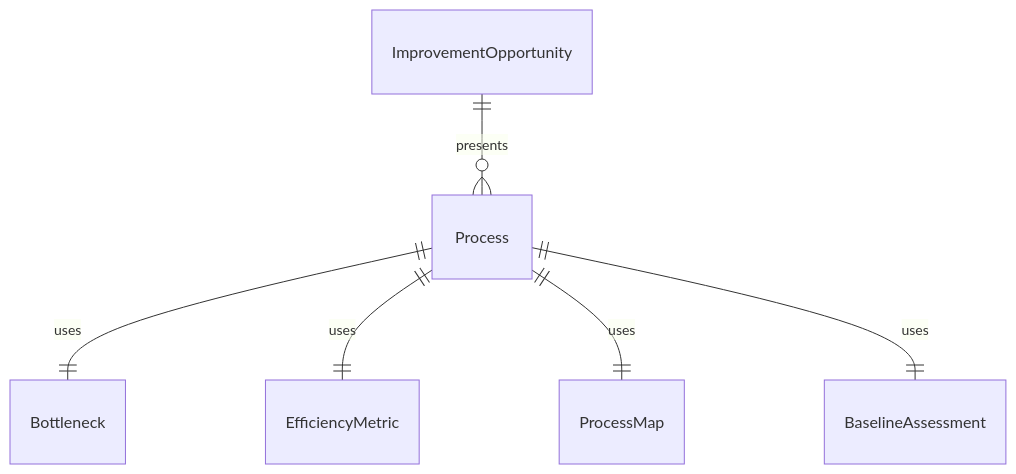
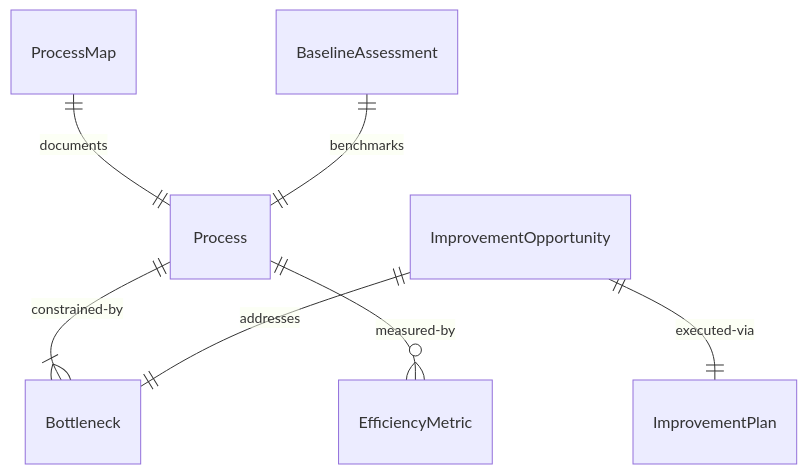
Before and after one commit to dot-org-ai/tasks.org.ai: the first of 4 diagrams in IdentifyingObjectsActionsAndEvents/IdentifyBusinessOrOrganizationalOpportunities/IdentifyOpportunitiesImproveOperationalEfficiency.mdx, drawn with Mermaid. The commit also changed other lines of this file and 515 other files, not shown here.

````diff
--- a/IdentifyingObjectsActionsAndEvents/IdentifyBusinessOrOrganizationalOpportunities/IdentifyOpportunitiesImproveOperationalEfficiency.mdx
+++ b/IdentifyingObjectsActionsAndEvents/IdentifyBusinessOrOrganizationalOpportunities/IdentifyOpportunitiesImproveOperationalEfficiency.mdx
@@ -93,8 +93,9 @@
 ```mermaid
 erDiagram
-    Process ||--|| Bottleneck : "uses"
-    Process ||--|| EfficiencyMetric : "uses"
-    ImprovementOpportunity ||--o{ Process : "presents"
-    Process ||--|| ProcessMap : "uses"
-    Process ||--|| BaselineAssessment : "uses"
+    Process ||--|{ Bottleneck : "constrained-by"
+    Process ||--o{ EfficiencyMetric : "measured-by"
+    ImprovementOpportunity ||--|| Bottleneck : "addresses"
+    ProcessMap ||--|| Process : "documents"
+    BaselineAssessment ||--|| Process : "benchmarks"
+    ImprovementOpportunity ||--|| ImprovementPlan : "executed-via"
 ```
````
